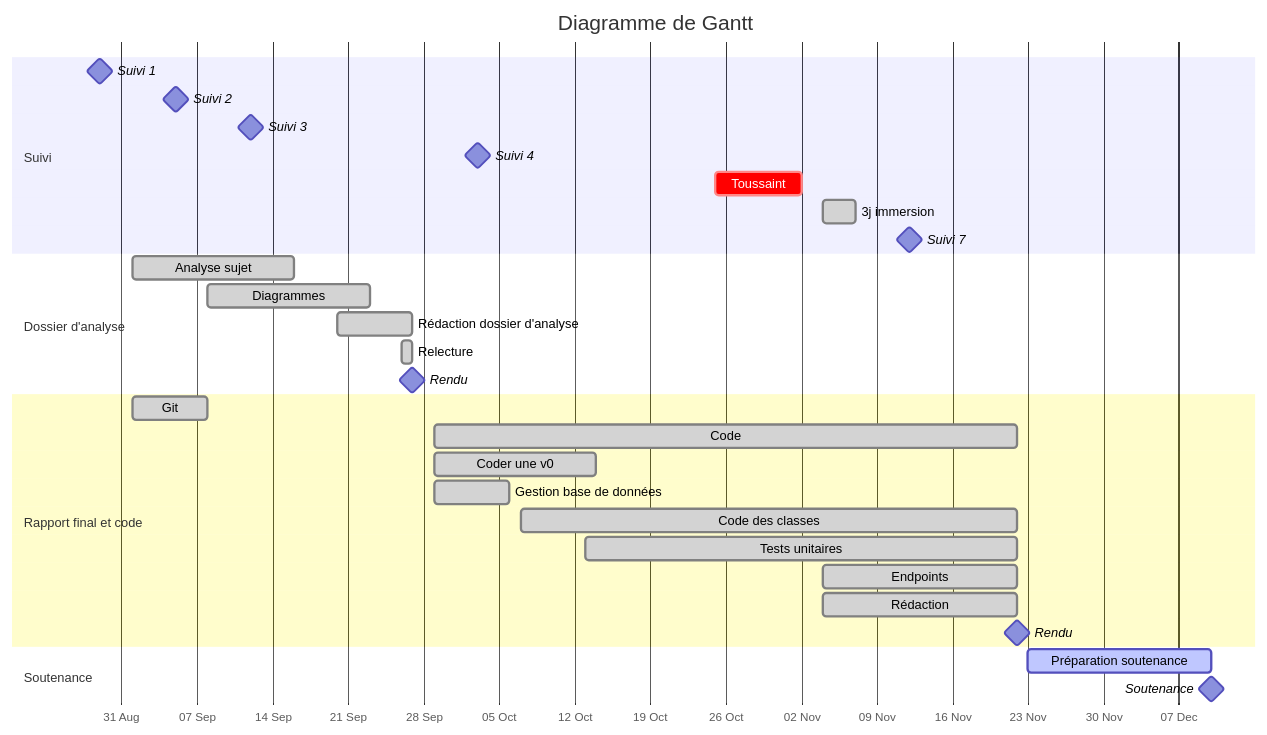
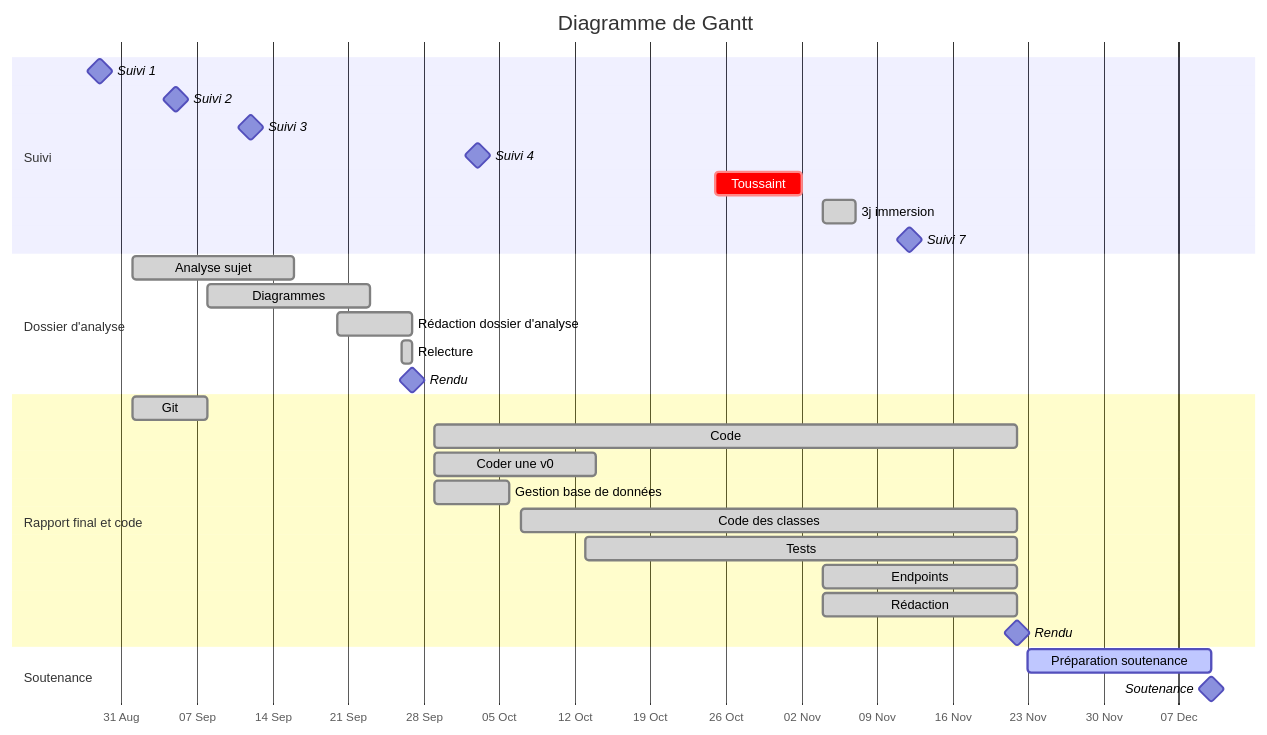
The first of 2 diagrams in doc/diag_gantt.md (bbrunel/ENSAI-2A-projet-info), drawn with Mermaid before and after one commit.

````diff
--- a/doc/diag_gantt.md
+++ b/doc/diag_gantt.md
@@ -1,40 +1,40 @@
 ```mermaid
 gantt
     %% doc : https://mermaid-js.github.io/mermaid/#/./gantt
     dateFormat  YYYY-MM-DD
     axisFormat  %d %b
     title       Diagramme de Gantt
     %%excludes  YYYY-MM-DD and/or sunday and/or weekends 
      
     section Suivi
     Suivi 1                      :milestone, 2025-08-29,
     Suivi 2                      :milestone, 2025-09-05,
     Suivi 3                      :milestone, 2025-09-12,
     Suivi 4                      :milestone, 2025-10-03,
     Toussaint                    :crit,    2025-10-25, 2025-11-02
     3j immersion                 :done,    2025-11-04, 3d
     Suivi 7                      :milestone, 2025-11-17
 
     section Dossier d'analyse
     Analyse sujet                :done,      2025-09-01, 15d
     Diagrammes                   :done,    2025-09-08, 15d
     Rédaction dossier d'analyse  :done,    2025-09-20, 2025-09-27
     Relecture                    :done,    2025-09-26, 2025-09-27
     Rendu                        :milestone, 2025-09-27,
     
     section Rapport final et code
     Git                          :done,    2025-09-01, 7d
     Code                         :done,    2025-09-29, 2025-11-22
     Coder une v0                 :done,    2025-09-29, 15d
     Gestion base de données      :done,    2025-09-29, 7d
     Code des classes             :done,    2025-10-07, 2025-11-22
-    Tests unitaires              :done,    2025-10-13, 2025-11-22
+    Tests                        :done,    2025-10-13, 2025-11-22
     Endpoints                    :done,    2025-11-04, 2025-11-22
     Rédaction                    :done,    2025-11-04, 2025-11-22
     Rendu                        :milestone, 2025-11-22,
 
     section Soutenance
     Préparation soutenance       :active,    2025-11-23, 2025-12-10
     Soutenance                   :milestone, 2025-12-10,
 
 ```
````
